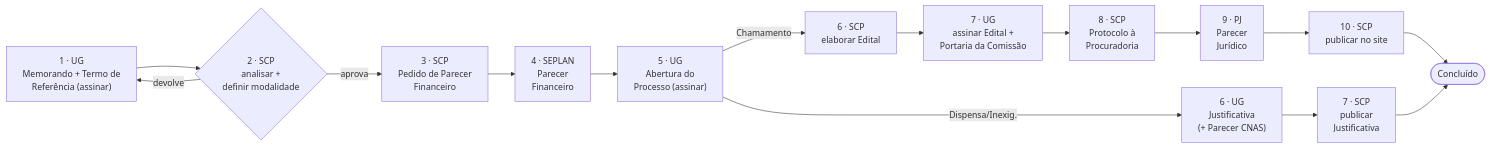
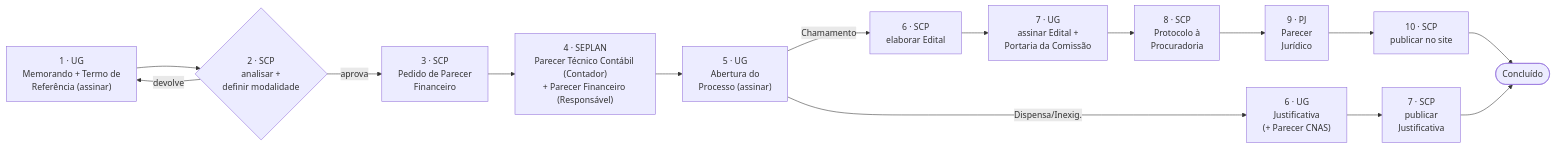
One commit to IsaacMRodrigues/gestaoParcerias changed the second of 2 diagrams in README.md. Above: the diagram before and after it, drawn with Mermaid. The commit also changed other lines of this file and 7 other files, not shown here.

First line of the commit message:
Planejamento, etapa 4: Parecer Técnico Contábil assinado só pelo Contador

````diff
--- a/README.md
+++ b/README.md
@@ -308,17 +310,17 @@
 ```mermaid
 flowchart LR
     E1["1 · UG<br/>Memorando + Termo de<br/>Referência (assinar)"] --> E2{"2 · SCP<br/>analisar +<br/>definir modalidade"}
     E2 -->|devolve| E1
     E2 -->|aprova| E3["3 · SCP<br/>Pedido de Parecer<br/>Financeiro"]
-    E3 --> E4["4 · SEPLAN<br/>Parecer<br/>Financeiro"]
+    E3 --> E4["4 · SEPLAN<br/>Parecer Técnico Contábil (Contador)<br/>+ Parecer Financeiro (Responsável)"]
     E4 --> E5["5 · UG<br/>Abertura do<br/>Processo (assinar)"]
     E5 -->|Chamamento| C6["6 · SCP<br/>elaborar Edital"]
     C6 --> C7["7 · UG<br/>assinar Edital +<br/>Portaria da Comissão"]
     C7 --> C8["8 · SCP<br/>Protocolo à<br/>Procuradoria"]
     C8 --> C9["9 · PJ<br/>Parecer<br/>Jurídico"]
     C9 --> C10["10 · SCP<br/>publicar no site"]
     C10 --> Z(["Concluído"])
     E5 -->|Dispensa/Inexig.| D6["6 · UG<br/>Justificativa<br/>(+ Parecer CNAS)"]
     D6 --> D7["7 · SCP<br/>publicar<br/>Justificativa"]
     D7 --> Z
 ```
````
